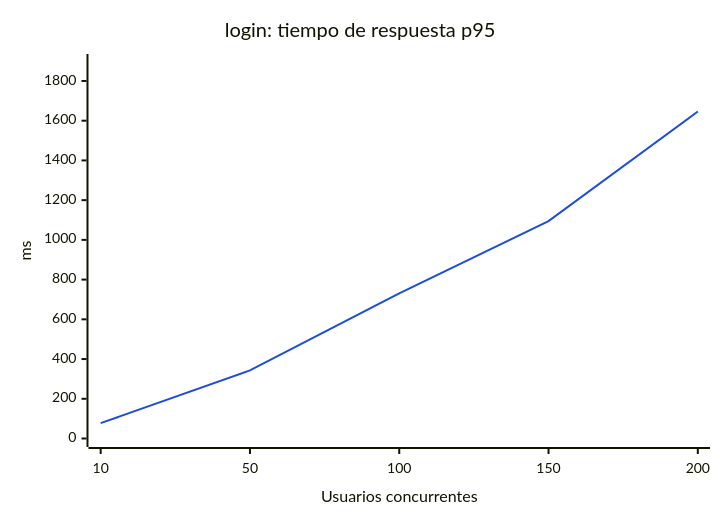
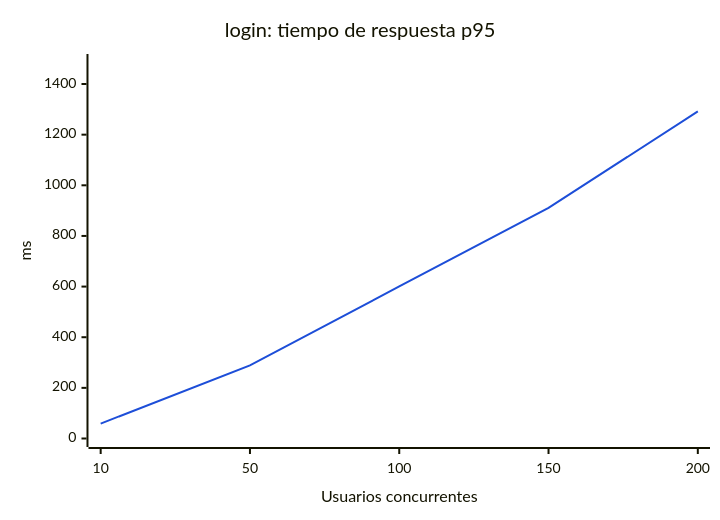
The second of 6 diagrams in pruebas-carga/resultados/resumen.md (JuanVargas0325/Prueba), drawn with Mermaid before and after one commit. The commit also changed other lines of this file and 110 other files, not shown here.

````diff
--- a/pruebas-carga/resultados/resumen.md
+++ b/pruebas-carga/resultados/resumen.md
@@ -22,8 +22,8 @@
 ```mermaid
 %%{init: {"themeVariables": {"xyChart": {"plotColorPalette": "#1d4ed8"}}}}%%
 xychart-beta
     title "login: tiempo de respuesta p95"
     x-axis "Usuarios concurrentes" [10, 50, 100, 150, 200]
-    y-axis "ms" 0 --> 1893
-    line [77.3, 342.7, 730.7, 1094.3, 1646.0]
+    y-axis "ms" 0 --> 1485
+    line [59.0, 288.7, 600.7, 910.7, 1291.7]
 ```
````
